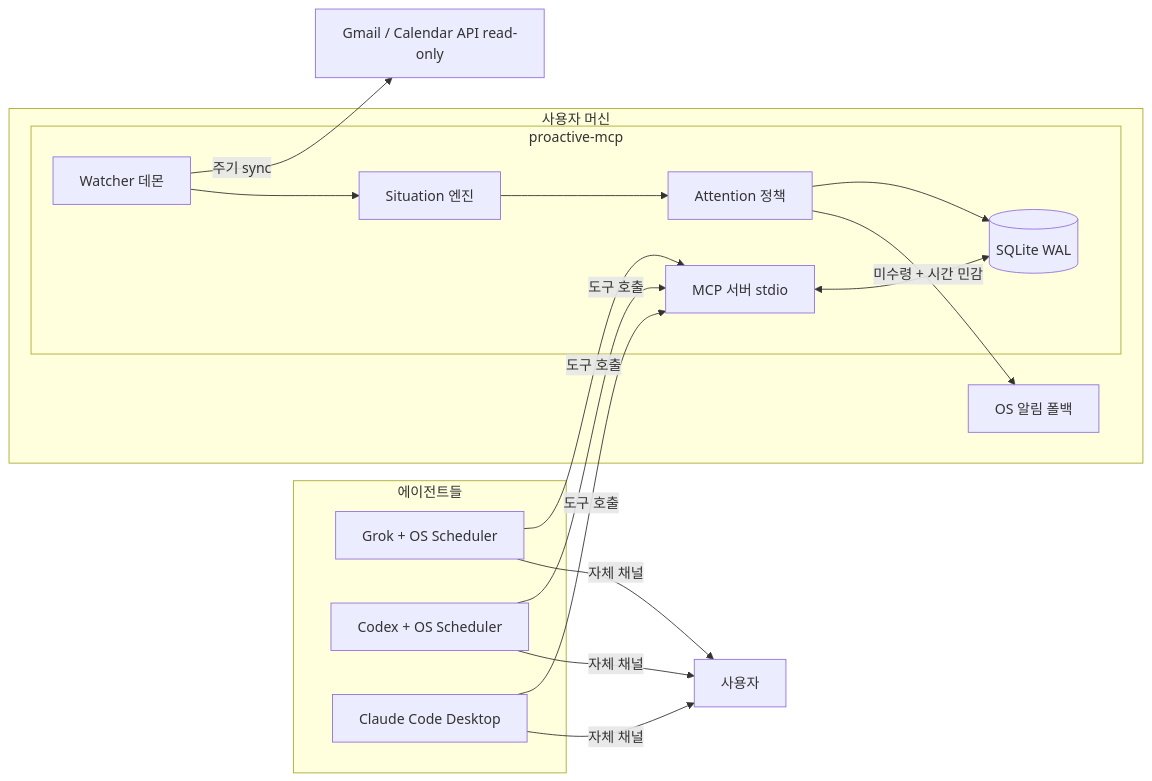
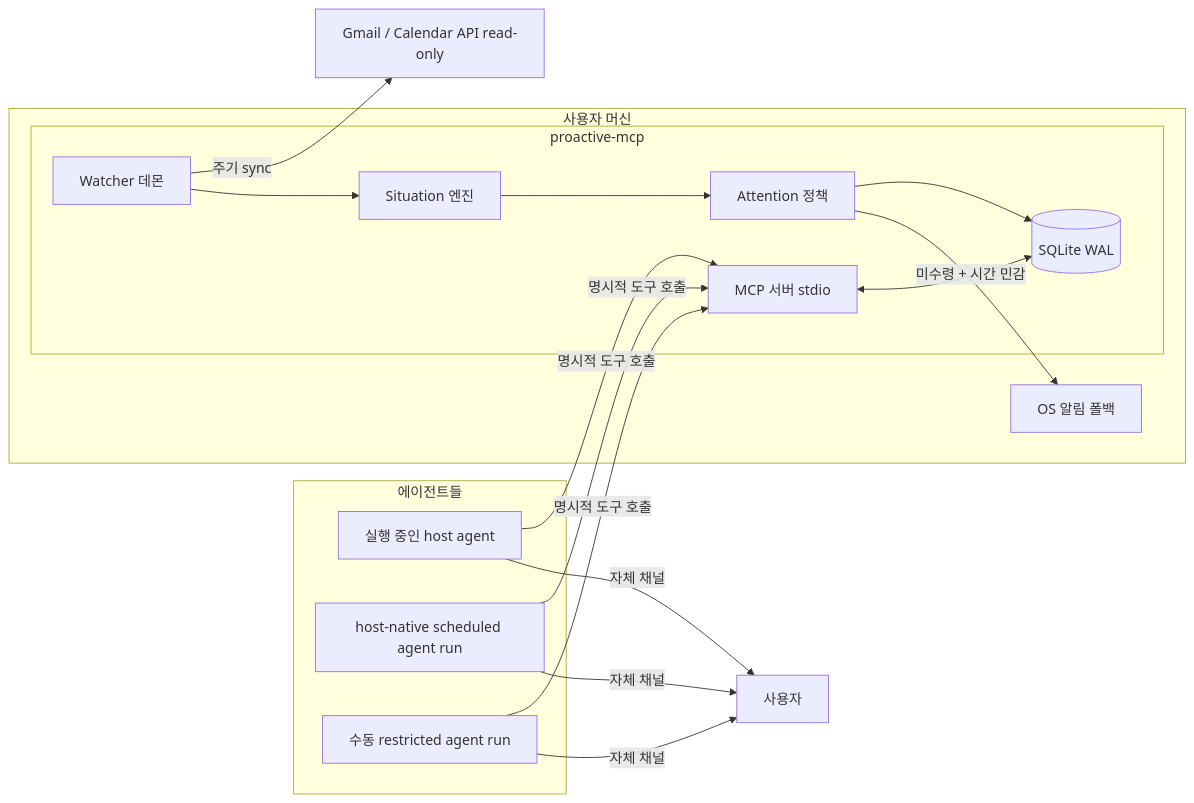
Before and after one commit to madrobotnet/proactive-mcp: the diagram in docs/PRODUCT_PLAN.md, drawn with Mermaid. The commit also changed other lines of this file and 10 other files, not shown here.

````diff
--- a/docs/PRODUCT_PLAN.md
+++ b/docs/PRODUCT_PLAN.md
@@ -63,25 +63,25 @@
 ```mermaid
 flowchart LR
     subgraph agents [에이전트들]
-        A1[Grok + OS Scheduler]
-        A2[Codex + OS Scheduler]
-        A3[Claude Code Desktop]
+        A1[실행 중인 host agent]
+        A2[host-native scheduled agent run]
+        A3[수동 restricted agent run]
     end
     subgraph host [사용자 머신]
         subgraph pm [proactive-mcp]
             MCP[MCP 서버 stdio]
             D[Watcher 데몬]
             SE[Situation 엔진]
             AP[Attention 정책]
             DB[(SQLite WAL)]
         end
         T[OS 알림 폴백]
     end
     G[Gmail / Calendar API read-only]
-    A1 & A2 & A3 -->|"도구 호출"| MCP
+    A1 & A2 & A3 -->|"명시적 도구 호출"| MCP
     MCP <--> DB
     D -->|"주기 sync"| G
     D --> SE --> AP --> DB
     AP -->|"미수령 + 시간 민감"| T
     A1 & A2 & A3 -->|"자체 채널"| U[사용자]
 ```
````
